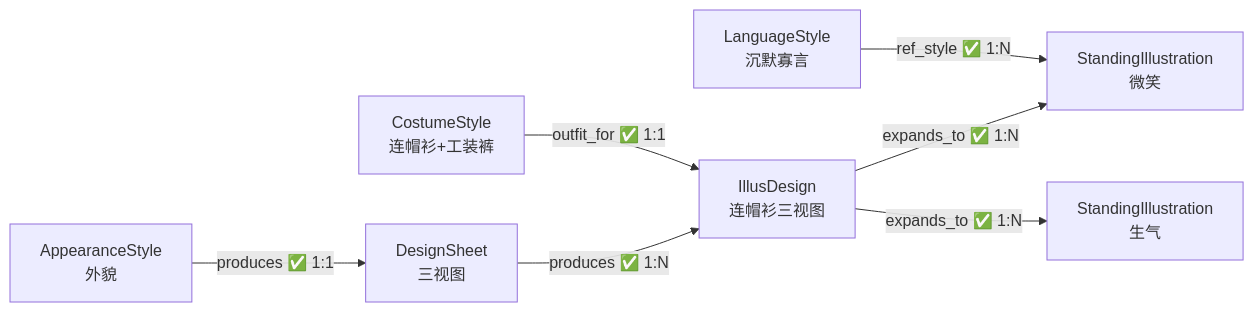
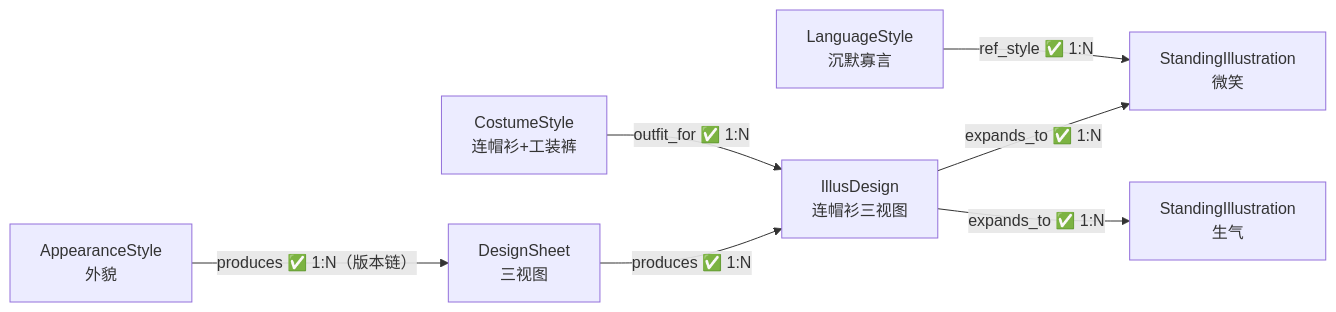
One commit to CrazyJinn/ProxyLove changed the second of 2 diagrams in 00_init/Schema/角色美术.md. Above: the diagram before and after it, drawn with Mermaid. The commit also changed other lines of this file and 109 other files, not shown here.

````diff
--- a/00_init/Schema/角色美术.md
+++ b/00_init/Schema/角色美术.md
@@ -245,9 +251,9 @@
 ```mermaid
 flowchart LR
-    Appearance["AppearanceStyle<br/>外貌"] -->|"produces ✅ 1:1"| DesignSheet["DesignSheet<br/>三视图"]
+    Appearance["AppearanceStyle<br/>外貌"] -->|"produces ✅ 1:N（版本链）"| DesignSheet["DesignSheet<br/>三视图"]
     DesignSheet -->|"produces ✅ 1:N"| Illus1["IllusDesign<br/>连帽衫三视图"]
-    Costume["CostumeStyle<br/>连帽衫+工装裤"] -->|"outfit_for ✅ 1:1"| Illus1
+    Costume["CostumeStyle<br/>连帽衫+工装裤"] -->|"outfit_for ✅ 1:N"| Illus1
     Illus1 -->|"expands_to ✅ 1:N"| Stand1["StandingIllustration<br/>微笑"]
     Illus1 -->|"expands_to ✅ 1:N"| Stand2["StandingIllustration<br/>生气"]
     Language["LanguageStyle<br/>沉默寡言"] -->|"ref_style ✅ 1:N"| Stand1
 ```
````
